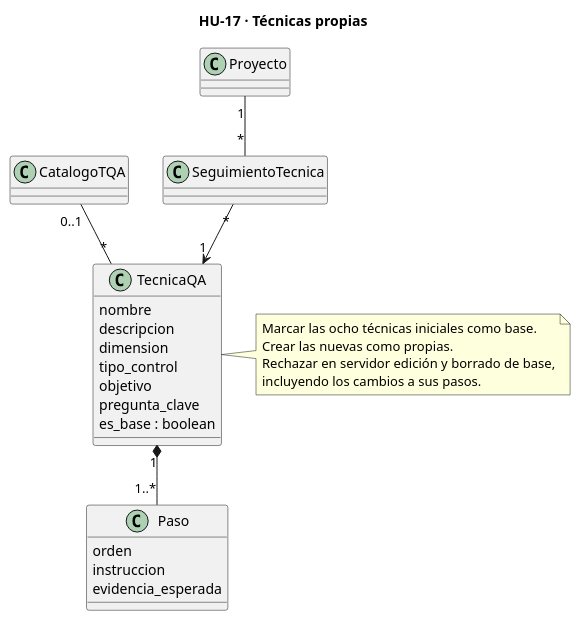
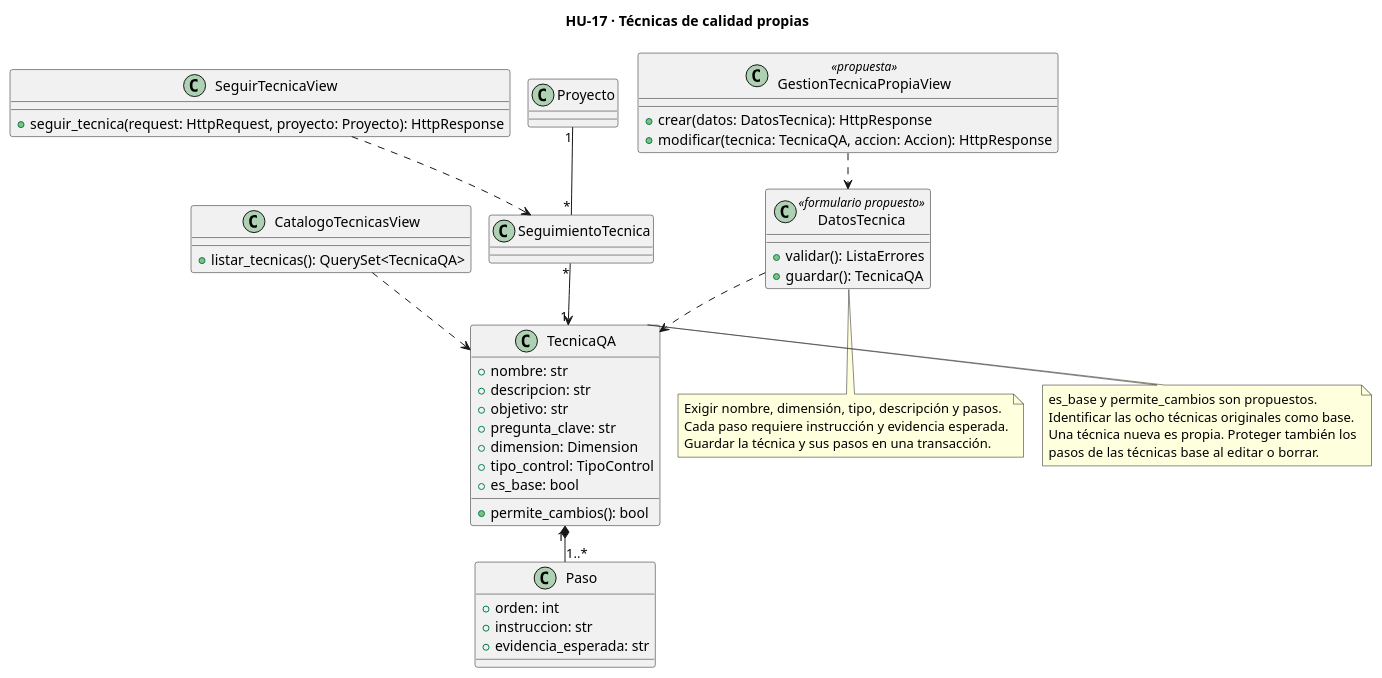
The diagram in diagrams_corregidos/clases/hu17_clases.puml (Josgtg/QA-Admin), drawn with PlantUML before and after one commit. The commit also changed 5 other files, not shown here.

Commit message:
Verifica altas de modelos y alinea los diagramas de técnicas propias

```diff
--- a/diagrams_corregidos/clases/hu17_clases.puml
+++ b/diagrams_corregidos/clases/hu17_clases.puml
@@ -1,27 +1,53 @@
 @startuml
-title HU-17 · Técnicas propias
+!pragma layout smetana
+title HU-17 · Técnicas de calidad propias
+class GestionTecnicaPropiaView <<propuesta>> {
+  +crear(datos: DatosTecnica): HttpResponse
+  +modificar(tecnica: TecnicaQA, accion: Accion): HttpResponse
+}
+class DatosTecnica <<formulario propuesto>> {
+  +validar(): ListaErrores
+  +guardar(): TecnicaQA
+}
 class TecnicaQA {
-  nombre
-  descripcion
-  dimension
-  tipo_control
-  objetivo
-  pregunta_clave
-  es_base : boolean
+  +nombre: str
+  +descripcion: str
+  +objetivo: str
+  +pregunta_clave: str
+  +dimension: Dimension
+  +tipo_control: TipoControl
+  +es_base: bool
+  +permite_cambios(): bool
 }
 class Paso {
-  orden
-  instruccion
-  evidencia_esperada
+  +orden: int
+  +instruccion: str
+  +evidencia_esperada: str
 }
+class CatalogoTecnicasView {
+  +listar_tecnicas(): QuerySet<TecnicaQA>
+}
+class SeguirTecnicaView {
+  +seguir_tecnica(request: HttpRequest, proyecto: Proyecto): HttpResponse
+}
+class Proyecto
+class SeguimientoTecnica
+GestionTecnicaPropiaView ..> DatosTecnica
+DatosTecnica ..> TecnicaQA
 TecnicaQA "1" *-- "1..*" Paso
-CatalogoTQA "0..1" -- "*" TecnicaQA
 Proyecto "1" -- "*" SeguimientoTecnica
 SeguimientoTecnica "*" --> "1" TecnicaQA
+SeguirTecnicaView ..> SeguimientoTecnica
+CatalogoTecnicasView ..> TecnicaQA
+note bottom of DatosTecnica
+  Exigir nombre, dimensión, tipo, descripción y pasos.
+  Cada paso requiere instrucción y evidencia esperada.
+  Guardar la técnica y sus pasos en una transacción.
+end note
 note right of TecnicaQA
-  Marcar las ocho técnicas iniciales como base.
-  Crear las nuevas como propias.
-  Rechazar en servidor edición y borrado de base,
-  incluyendo los cambios a sus pasos.
+  es_base y permite_cambios son propuestos.
+  Identificar las ocho técnicas originales como base.
+  Una técnica nueva es propia. Proteger también los
+  pasos de las técnicas base al editar o borrar.
 end note
 @enduml
```
